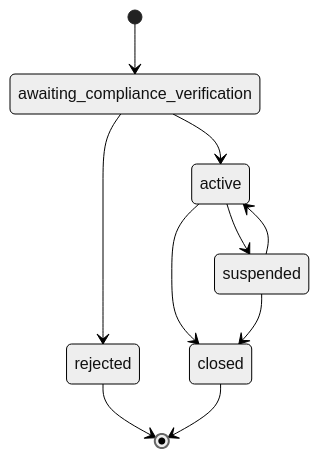
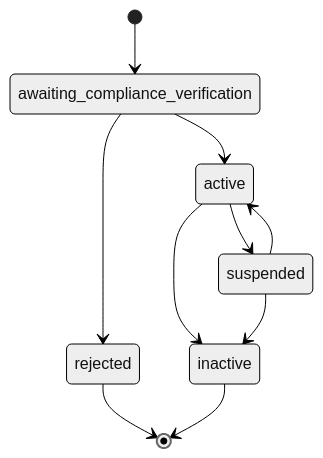
The diagram in website/es/guide/reference/organizations.mdx (bloque-app/sdk), drawn with Mermaid (neutral theme) before and after one commit. The commit also changed other lines of this file and 48 other files, not shown here.

````diff
--- a/website/es/guide/reference/organizations.mdx
+++ b/website/es/guide/reference/organizations.mdx
@@ -118,12 +118,12 @@
 ```mermaid
 stateDiagram-v2
     [*] --> awaiting_compliance_verification
     awaiting_compliance_verification --> active
     awaiting_compliance_verification --> rejected
     active --> suspended
-    active --> closed
+    active --> inactive
     suspended --> active
-    suspended --> closed
+    suspended --> inactive
     rejected --> [*]
-    closed --> [*]
+    inactive --> [*]
 ```
````
